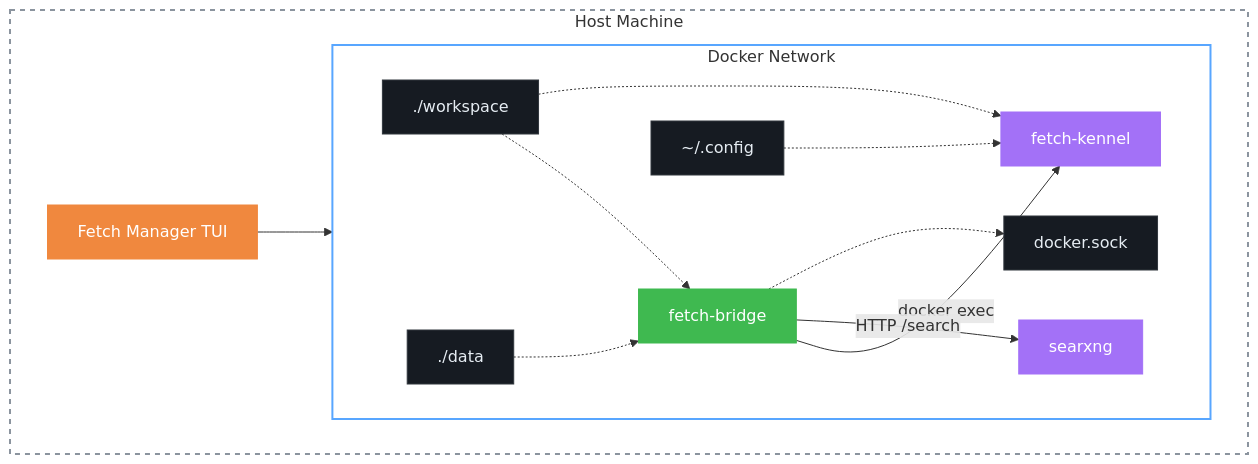
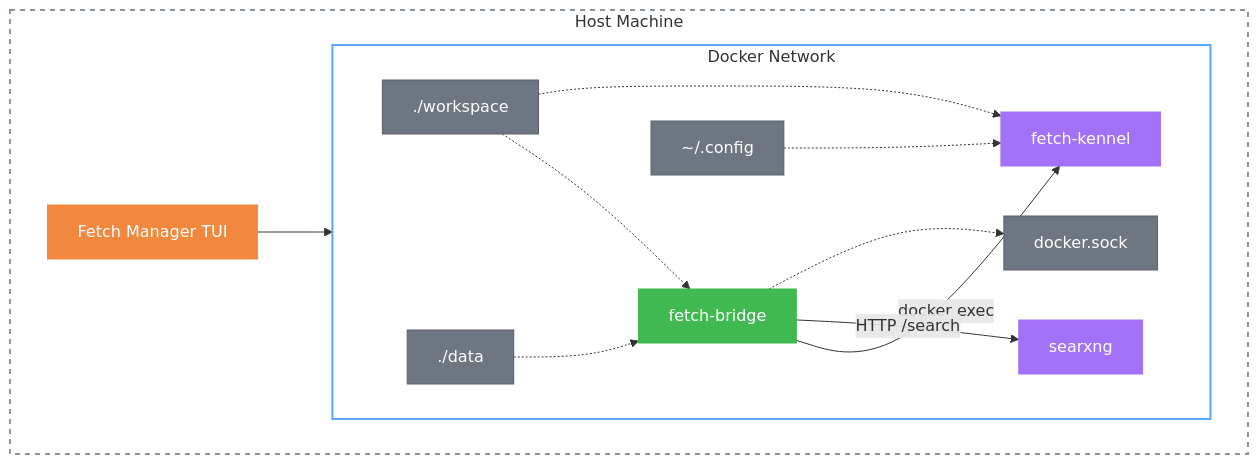
One commit to Traves-Theberge/Fetch changed the third of 3 diagrams in docs/markdown/ARCHITECTURE.md. Above: the diagram before and after it, drawn with Mermaid. The commit also changed other lines of this file and 49 other files, not shown here.

````diff
--- a/docs/markdown/ARCHITECTURE.md
+++ b/docs/markdown/ARCHITECTURE.md
@@ -309,42 +309,42 @@
 ```mermaid
 graph TB
     subgraph Host["Host Machine"]
         Manager["Fetch Manager TUI"]
         Socket["docker.sock"]
         
         subgraph Docker["Docker Network"]
             direction LR
             
             Bridge["fetch-bridge"]
             Kennel["fetch-kennel"]
             SearXNG["searxng"]
 
             Bridge -- "docker exec" --> Kennel
             Bridge -- "HTTP /search" --> SearXNG
             Bridge -.-> Socket
             
             Vol1["./workspace"] -.-> Bridge
             Vol1 -.-> Kennel
             
             Vol2["./data"] -.-> Bridge
             
             Vol3["~/.config"] -.-> Kennel
         end
     end
     
     Manager --> Socket
     
     classDef bridge fill:#3fb950,stroke:#3fb950,color:#fff
     classDef kennel fill:#a371f7,stroke:#a371f7,color:#fff
     classDef manager fill:#f0883e,stroke:#f0883e,color:#fff
     classDef docker fill:none,stroke:#58a6ff,stroke-width:2px
     classDef host fill:none,stroke:#8b949e,stroke-width:2px,stroke-dasharray: 5 5
-    classDef volume fill:#161b22,stroke:#30363d,color:#e6edf3
+    classDef volume fill:#6e7681,stroke:#57606a,color:#fff
 
     class Bridge bridge
     class Kennel,SearXNG kennel
     class Manager manager
     class Docker docker
     class Host host
     class Vol1,Vol2,Vol3,Socket volume
 ```
````
